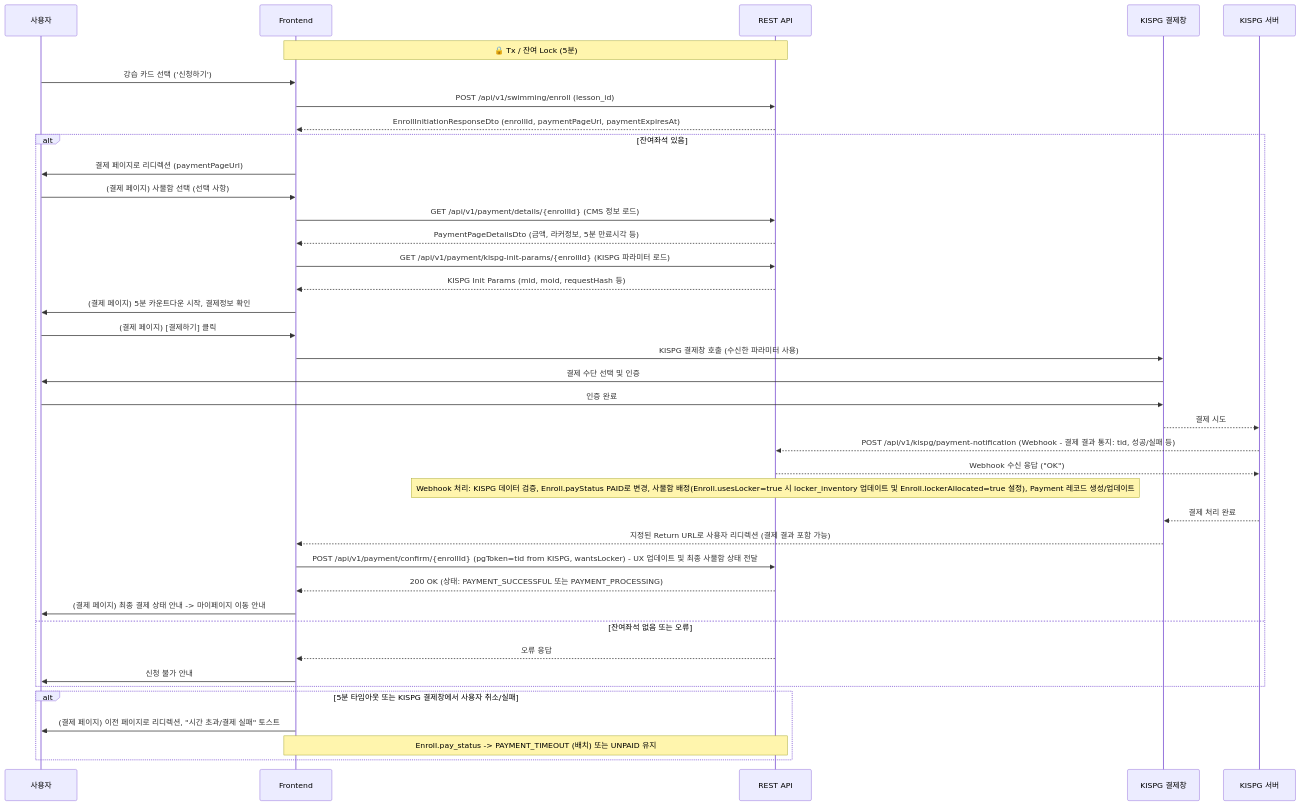
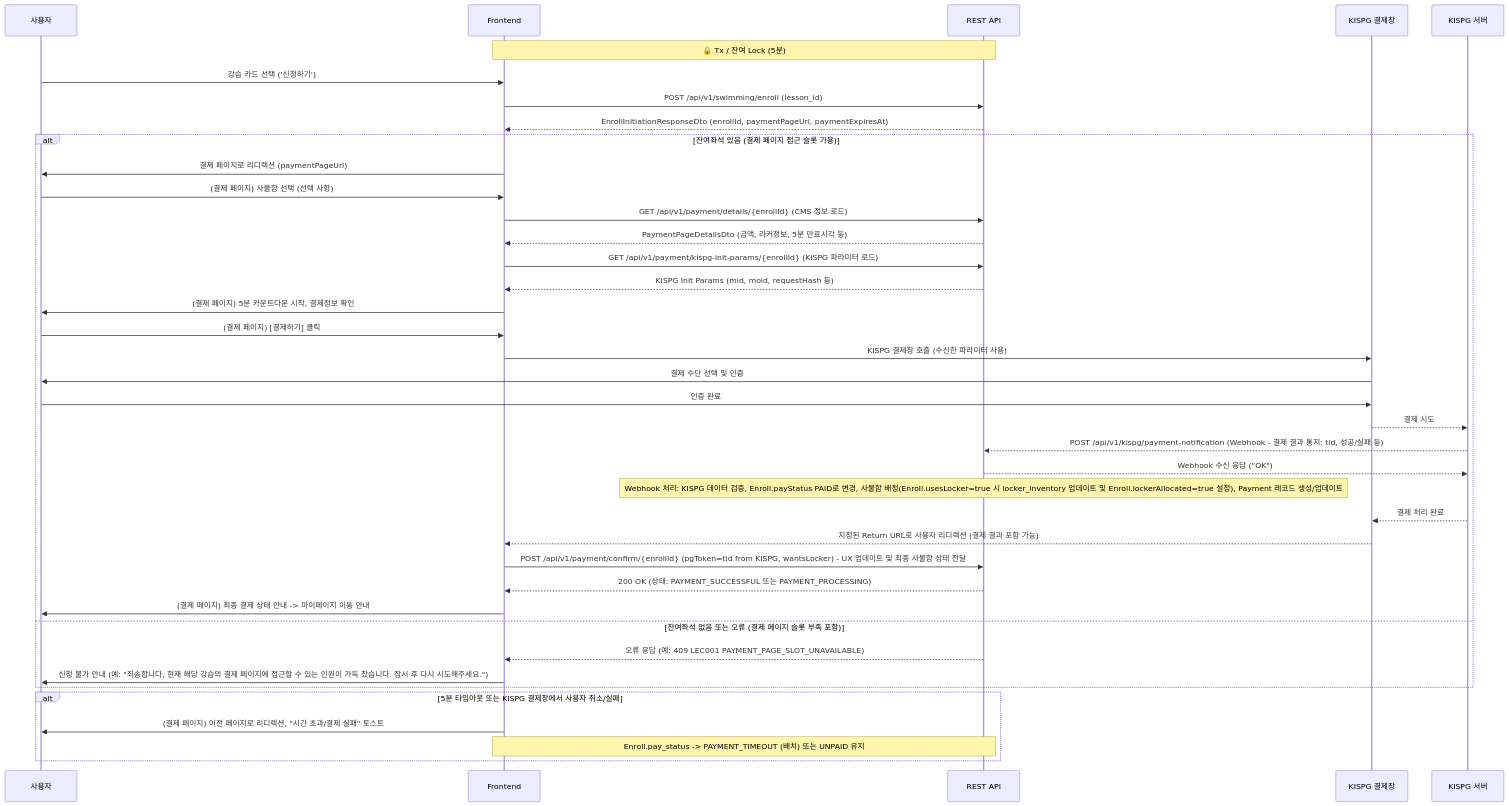
Before and after one commit to Russ481-k/arpina-server: the diagram in Docs/cms/swim-user.md, drawn with Mermaid. The commit also changed other lines of this file and 11 other files, not shown here.

````diff
--- a/Docs/cms/swim-user.md
+++ b/Docs/cms/swim-user.md
@@ -31,44 +31,44 @@
   ```mermaid
   sequenceDiagram
       participant U as 사용자
       participant FE as Frontend
       participant API as REST API
       participant KISPG_Window as KISPG 결제창
       participant KISPG_Server as KISPG 서버
 
       Note over FE,API: 🔒 Tx / 잔여 Lock (5분)
       U->>FE: 강습 카드 선택 ('신청하기')
       FE->>API: POST /api/v1/swimming/enroll (lesson_id)
       API-->>FE: EnrollInitiationResponseDto (enrollId, paymentPageUrl, paymentExpiresAt)
 
-      alt 잔여좌석 있음
+      alt 잔여좌석 있음 (결제 페이지 접근 슬롯 가용)
           FE->>U: 결제 페이지로 리디렉션 (paymentPageUrl)
           U->>FE: (결제 페이지) 사물함 선택 (선택 사항)
           FE->>API: GET /api/v1/payment/details/{enrollId} (CMS 정보 로드)
           API-->>FE: PaymentPageDetailsDto (금액, 라커정보, 5분 만료시각 등)
           FE->>API: GET /api/v1/payment/kispg-init-params/{enrollId} (KISPG 파라미터 로드)
           API-->>FE: KISPG Init Params (mid, moid, requestHash 등)
           FE->>U: (결제 페이지) 5분 카운트다운 시작, 결제정보 확인
           U->>FE: (결제 페이지) [결제하기] 클릭
           FE->>KISPG_Window: KISPG 결제창 호출 (수신한 파라미터 사용)
           KISPG_Window->>U: 결제 수단 선택 및 인증
           U->>KISPG_Window: 인증 완료
           KISPG_Window-->>KISPG_Server: 결제 시도
           KISPG_Server-->>API: POST /api/v1/kispg/payment-notification (Webhook - 결제 결과 통지: tid, 성공/실패 등)
           API-->>KISPG_Server: Webhook 수신 응답 ("OK")
           Note over API: Webhook 처리: KISPG 데이터 검증, Enroll.payStatus PAID로 변경, 사물함 배정(Enroll.usesLocker=true 시 locker_inventory 업데이트 및 Enroll.lockerAllocated=true 설정), Payment 레코드 생성/업데이트
           KISPG_Server-->>KISPG_Window: 결제 처리 완료
           KISPG_Window-->>FE: 지정된 Return URL로 사용자 리디렉션 (결제 결과 포함 가능)
           FE->>API: POST /api/v1/payment/confirm/{enrollId} (pgToken=tid from KISPG, wantsLocker) - UX 업데이트 및 최종 사물함 상태 전달
           API-->>FE: 200 OK (상태: PAYMENT_SUCCESSFUL 또는 PAYMENT_PROCESSING)
           FE->>U: (결제 페이지) 최종 결제 상태 안내 -> 마이페이지 이동 안내
-      else 잔여좌석 없음 또는 오류
-          API-->>FE: 오류 응답
-          FE->>U: 신청 불가 안내
+      else 잔여좌석 없음 또는 오류 (결제 페이지 슬롯 부족 포함)
+          API-->>FE: 오류 응답 (예: 409 LEC001 PAYMENT_PAGE_SLOT_UNAVAILABLE)
+          FE->>U: 신청 불가 안내 (예: "죄송합니다, 현재 해당 강습의 결제 페이지에 접근할 수 있는 인원이 가득 찼습니다. 잠시 후 다시 시도해주세요.")
       end
 
       alt 5분 타임아웃 또는 KISPG 결제창에서 사용자 취소/실패
           FE->>U: (결제 페이지) 이전 페이지로 리디렉션, "시간 초과/결제 실패" 토스트
           Note over FE,API: Enroll.pay_status -> PAYMENT_TIMEOUT (배치) 또는 UNPAID 유지
       end
   ```
````
